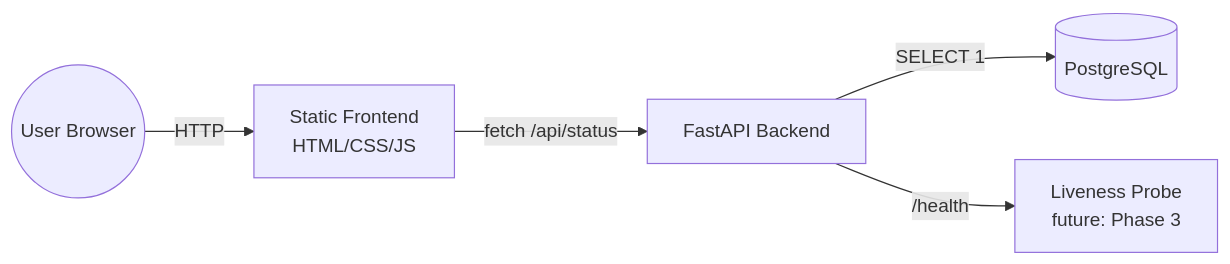
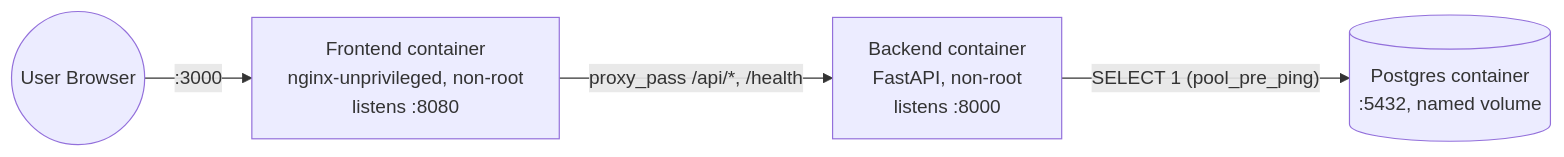
The diagram in README.md (AkhilTejaDoosari/cloudforge-platform), drawn with Mermaid before and after one commit. The commit also changed other lines of this file and 9 other files, not shown here.

````diff
--- a/README.md
+++ b/README.md
@@ -53,7 +53,6 @@
 ```mermaid
 flowchart LR
-    User((User Browser)) -->|HTTP| FE[Static Frontend<br/>HTML/CSS/JS]
-    FE -->|fetch /api/status| BE[FastAPI Backend]
-    BE -->|SELECT 1| DB[(PostgreSQL)]
-    BE -->|/health| K8s[Liveness Probe<br/>future: Phase 3]
+    User((User Browser)) -->|":3000"| FE["Frontend container<br/>nginx-unprivileged, non-root<br/>listens :8080"]
+    FE -->|"proxy_pass /api/*, /health"| BE["Backend container<br/>FastAPI, non-root<br/>listens :8000"]
+    BE -->|"SELECT 1 (pool_pre_ping)"| DB[("Postgres container<br/>:5432, named volume")]
 ```
````
